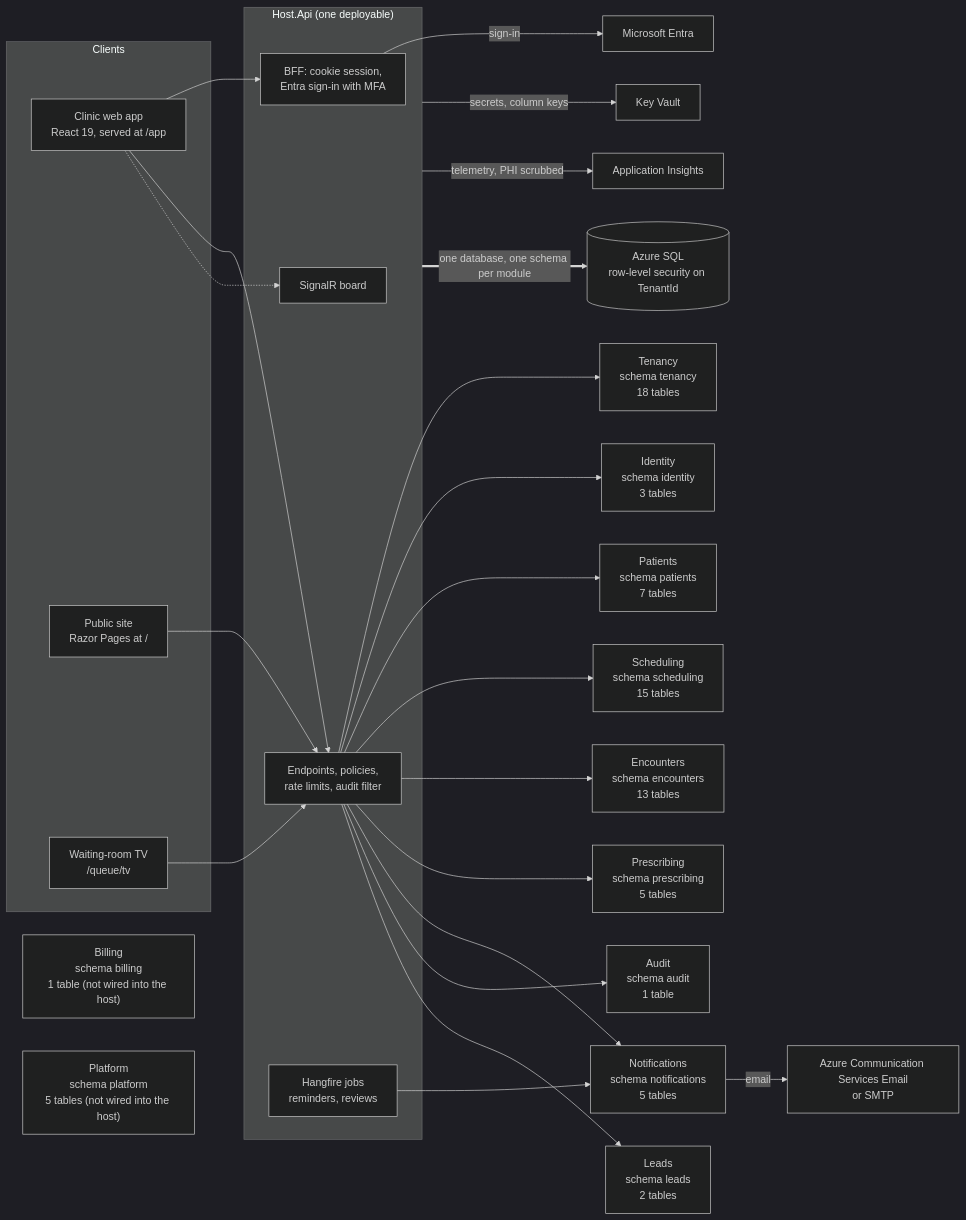
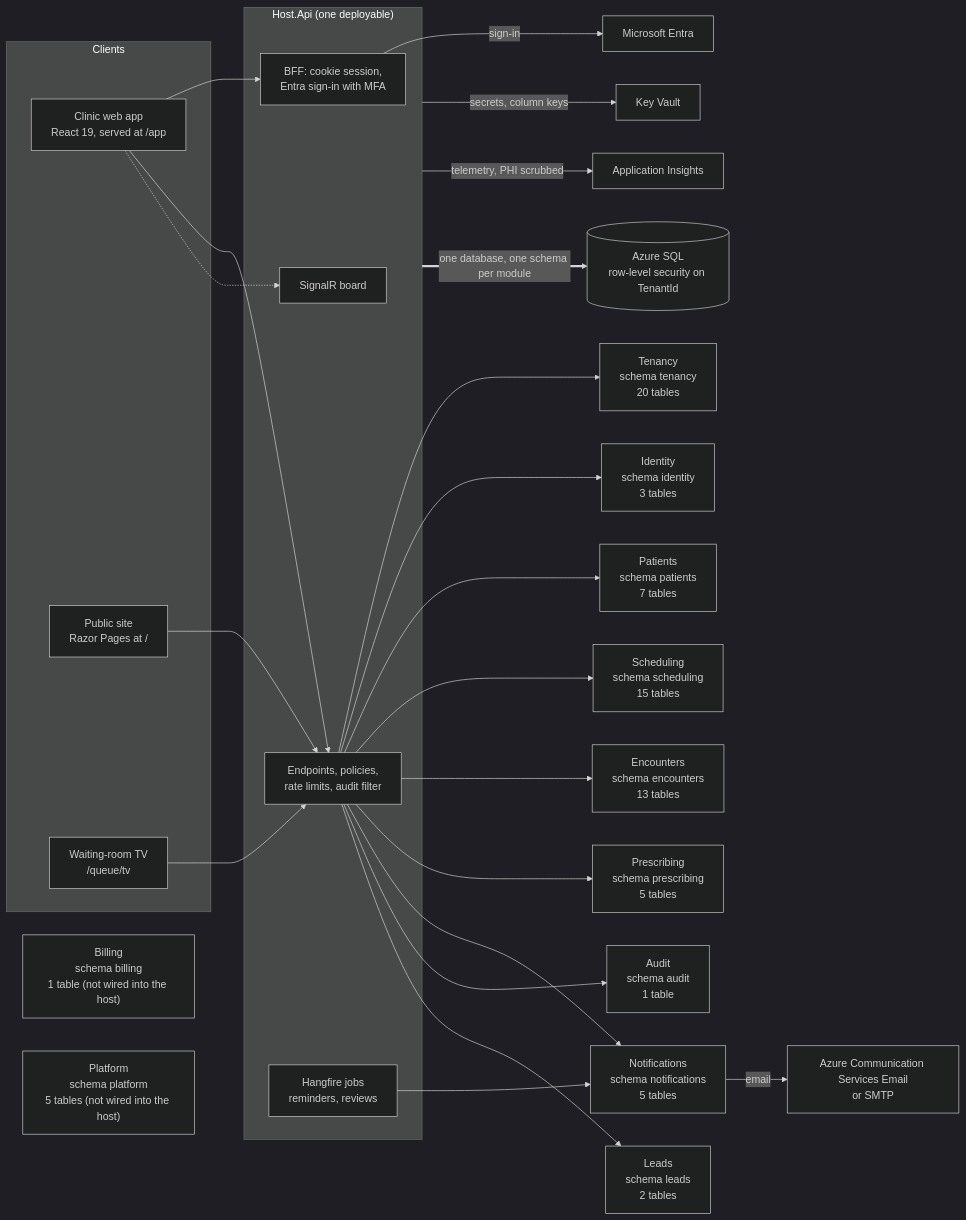
Before and after one commit to ALFRED-LUCIFER/medvya: the first of 14 diagrams in docs/03-architecture/erd.md, drawn with Mermaid (dark theme). The commit also changed other lines of this file and 26 other files, not shown here.

````diff
--- a/docs/03-architecture/erd.md
+++ b/docs/03-architecture/erd.md
@@ -15,36 +15,36 @@
 ```mermaid
 flowchart LR
   subgraph Clients
     web["Clinic web app<br/>React 19, served at /app"]
     site["Public site<br/>Razor Pages at /"]
     tv["Waiting-room TV<br/>/queue/tv"]
   end
   subgraph Host["Host.Api (one deployable)"]
     bff["BFF: cookie session,<br/>Entra sign-in with MFA"]
     api["Endpoints, policies,<br/>rate limits, audit filter"]
     hub["SignalR board"]
     jobs["Hangfire jobs<br/>reminders, reviews"]
   end
   web --> bff
   web --> api
   web -.-> hub
   tv --> api
   site --> api
-  api --> Tenancy["Tenancy<br/>schema tenancy<br/>18 tables"]
+  api --> Tenancy["Tenancy<br/>schema tenancy<br/>20 tables"]
   api --> Identity["Identity<br/>schema identity<br/>3 tables"]
   api --> Patients["Patients<br/>schema patients<br/>7 tables"]
   api --> Scheduling["Scheduling<br/>schema scheduling<br/>15 tables"]
   api --> Encounters["Encounters<br/>schema encounters<br/>13 tables"]
   api --> Prescribing["Prescribing<br/>schema prescribing<br/>5 tables"]
   api --> Notifications["Notifications<br/>schema notifications<br/>5 tables"]
   api --> Audit["Audit<br/>schema audit<br/>1 table"]
   api --> Leads["Leads<br/>schema leads<br/>2 tables"]
   Billing["Billing<br/>schema billing<br/>1 table (not wired into the host)"]
   Platform["Platform<br/>schema platform<br/>5 tables (not wired into the host)"]
   jobs --> Notifications
   bff -->|"sign-in"| entra["Microsoft Entra"]
   Notifications -->|"email"| mail["Azure Communication Services Email<br/>or SMTP"]
   Host -->|"secrets, column keys"| kv["Key Vault"]
   Host -->|"telemetry, PHI scrubbed"| ai["Application Insights"]
   Host ==>|"one database, one schema per module"| sql[("Azure SQL<br/>row-level security on TenantId")]
 ```
````
